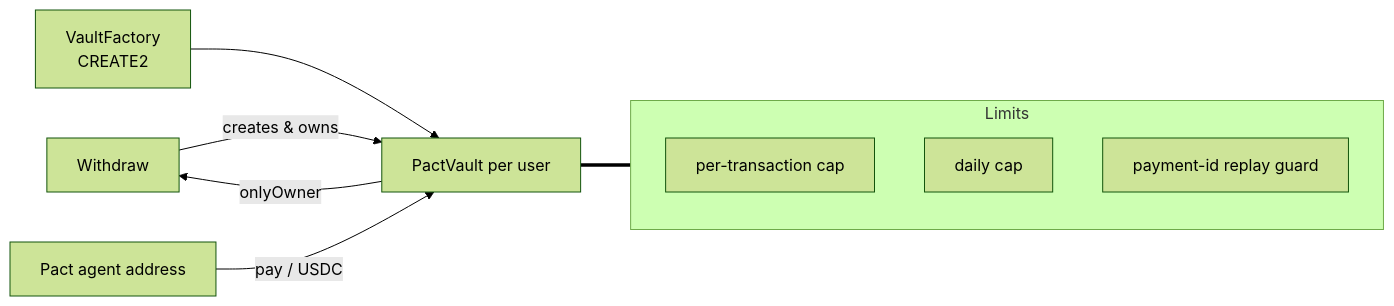
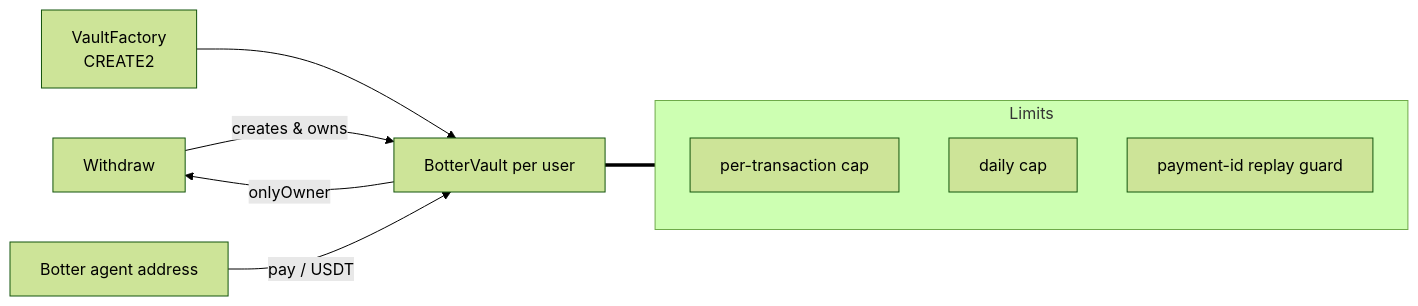
Before and after one commit to Saber1Y/botter: the second of 3 diagrams in README.md, drawn with Mermaid (forest theme). The commit also changed other lines of this file and 33 other files, not shown here.

````diff
--- a/README.md
+++ b/README.md
@@ -209,13 +209,13 @@
 ```mermaid
 flowchart LR
-    User -->|creates & owns| Vault[PactVault per user]
+    User -->|creates & owns| Vault[BotterVault per user]
     Factory[VaultFactory<br/>CREATE2] --> Vault
-    Agent[Pact agent address] -->|pay / USDC| Vault
+    Agent[Botter agent address] -->|pay / USDT| Vault
     Vault -->|onlyOwner| User[Withdraw]
     subgraph Limits
         L1[per-transaction cap]
         L2[daily cap]
         L3[payment-id replay guard]
     end
     Vault === Limits
 ```
````
